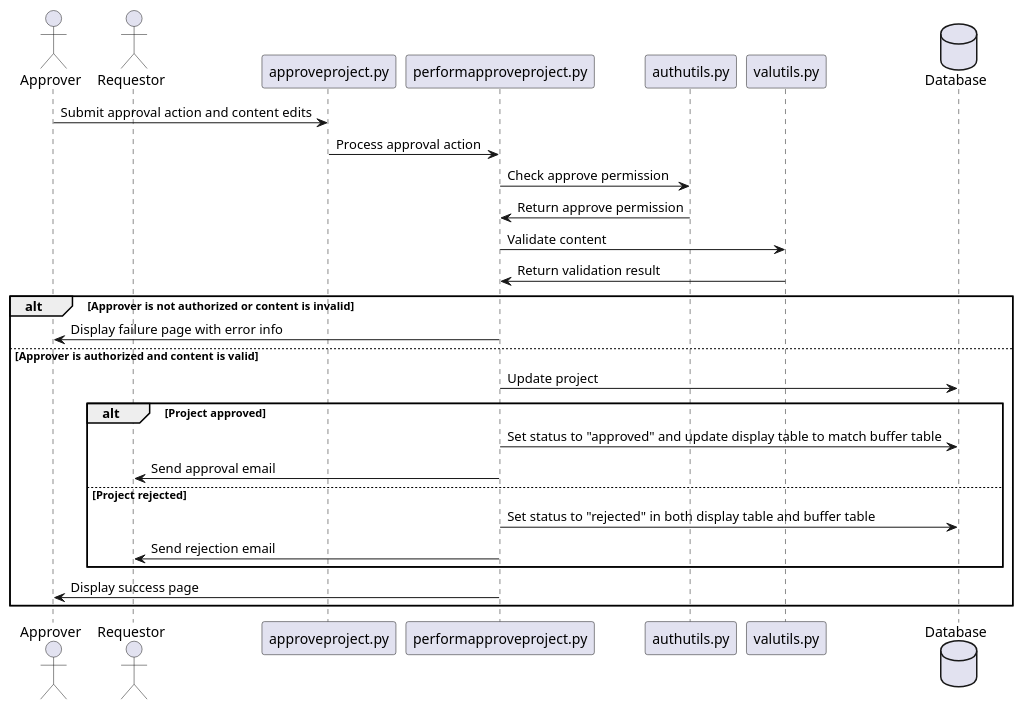
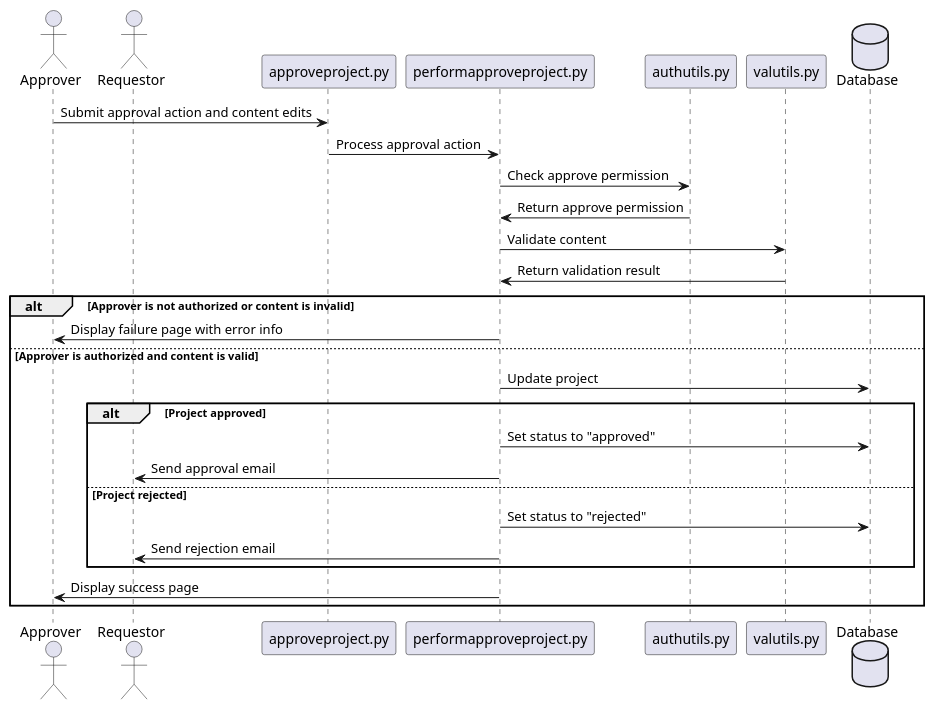
The diagram in documentation/approveproject.puml (sipb/project-database), drawn with PlantUML before and after one commit. The commit also changed 2 other files, not shown here.

Commit message:
Update diagrams for simplified edit approval handling.

```diff
--- a/documentation/approveproject.puml
+++ b/documentation/approveproject.puml
@@ -1,42 +1,42 @@
 @startuml
 actor Approver
 actor Requestor
 participant approveproject.py
 participant performapproveproject.py
 participant authutils.py
 participant valutils.py
 database Database
 
 Approver -> approveproject.py : Submit approval action and content edits
 approveproject.py -> performapproveproject.py : Process approval action
 performapproveproject.py -> authutils.py : Check approve permission
 authutils.py -> performapproveproject.py : Return approve permission
 performapproveproject.py -> valutils.py : Validate content
 valutils.py -> performapproveproject.py : Return validation result
 
 alt Approver is not authorized or content is invalid
 
     performapproveproject.py -> Approver : Display failure page with error info
 
 else Approver is authorized and content is valid
 
     performapproveproject.py -> Database : Update project
 
     alt Project approved
 
-        performapproveproject.py -> Database : Set status to "approved" and update display table to match buffer table
+        performapproveproject.py -> Database : Set status to "approved"
         performapproveproject.py -> Requestor : Send approval email
 
     else Project rejected
 
-        performapproveproject.py -> Database : Set status to "rejected" in both display table and buffer table
+        performapproveproject.py -> Database : Set status to "rejected"
         performapproveproject.py -> Requestor : Send rejection email
 
     end
 
     performapproveproject.py -> Approver : Display success page
 
 end
 
 
 @enduml
```
